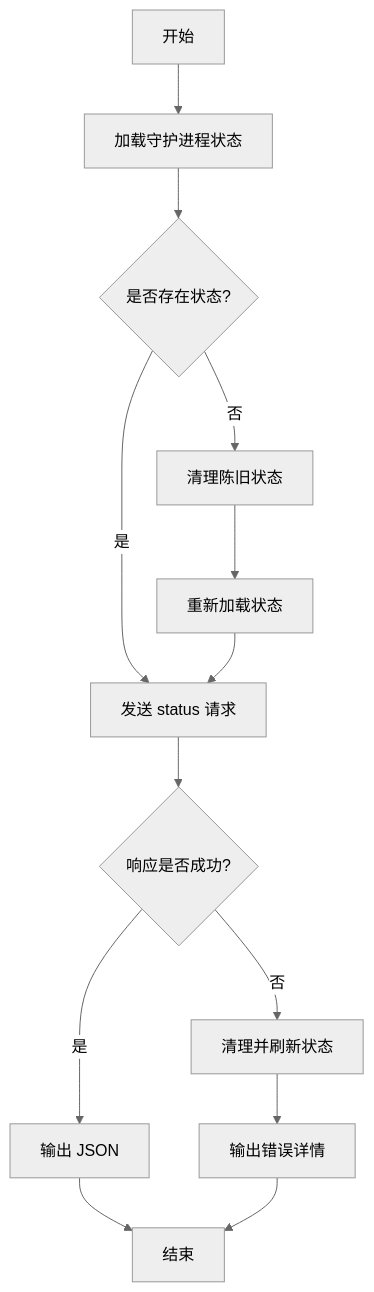
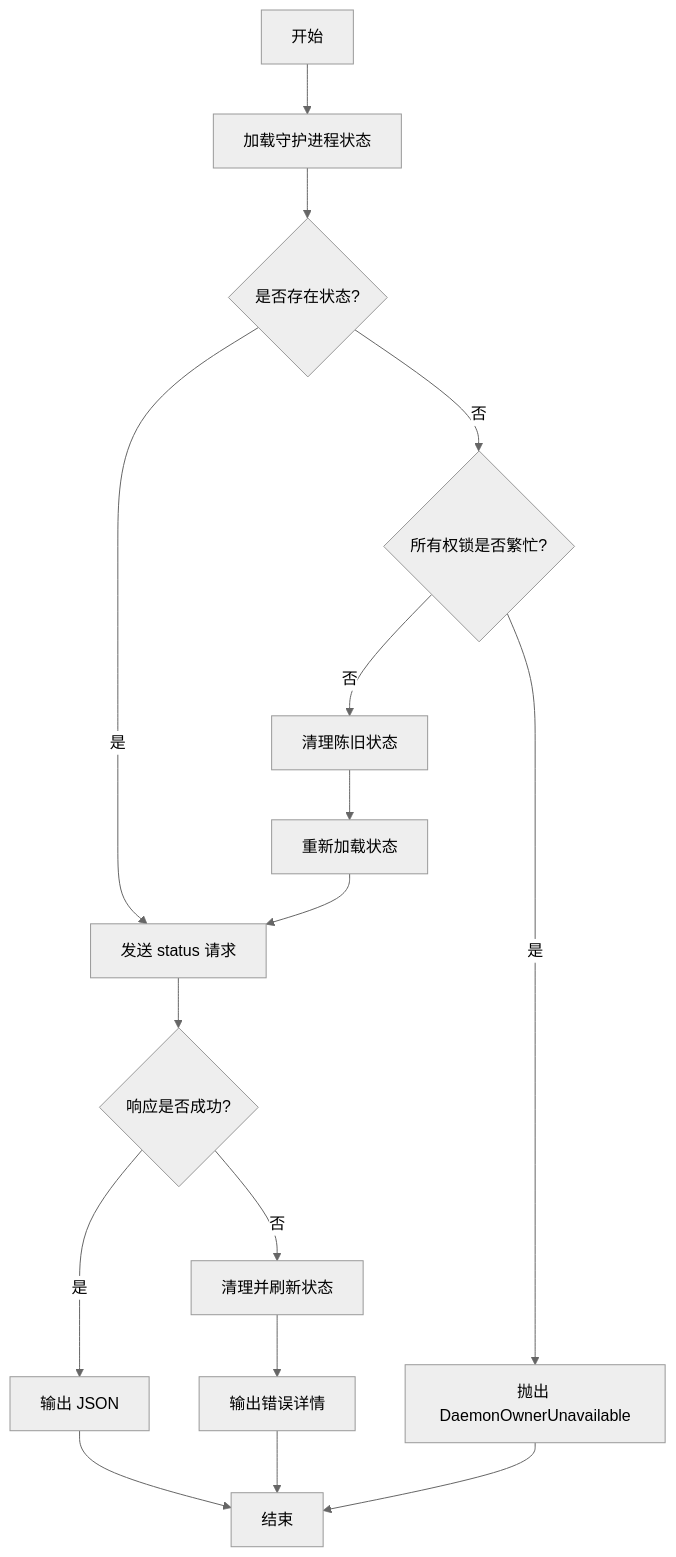
One commit to haolange/RDC-Tool changed the fifth of 7 diagrams in .qoder/repowiki/zh/content/CLI参考手册/守护进程管理命令.md. Above: the diagram before and after it, drawn with Mermaid (neutral theme). The commit also changed other lines of this file and 67 other files, not shown here.

````diff
--- a/.qoder/repowiki/zh/content/CLI参考手册/守护进程管理命令.md
+++ b/.qoder/repowiki/zh/content/CLI参考手册/守护进程管理命令.md
@@ -177,15 +217,18 @@
 ```mermaid
 flowchart TD
 S0["开始"] --> L1["加载守护进程状态"]
 L1 --> L2{"是否存在状态?"}
-L2 --> |否| Clean["清理陈旧状态"]
+L2 --> |否| CheckOwner{"所有权锁是否繁忙?"}
+CheckOwner --> |是| RaiseError["抛出 DaemonOwnerUnavailable"]
+CheckOwner --> |否| Clean["清理陈旧状态"]
 Clean --> L3["重新加载状态"]
 L2 --> |是| Req["发送 status 请求"]
 L3 --> Req
 Req --> Ok{"响应是否成功?"}
 Ok --> |是| Out["输出 JSON"]
 Ok --> |否| Clean2["清理并刷新状态"]
 Clean2 --> Err["输出错误详情"]
 Out --> End["结束"]
 Err --> End
+RaiseError --> End
 ```
````
